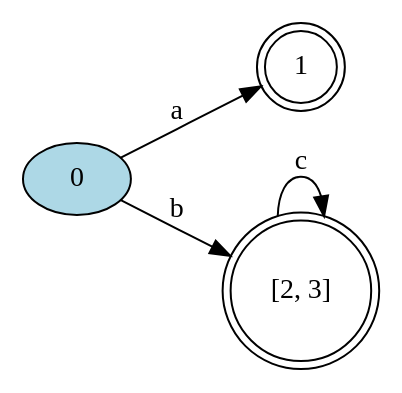
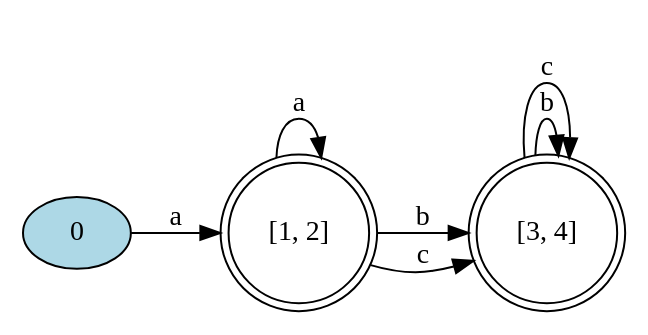
Before and after one commit to Daniel-Sima/Clone-of-the-egrep-UNIX-command: the diagram in Min-DFA.dot, drawn with Graphviz. The commit also changed 12 other files, not shown here.

```diff
--- a/Min-DFA.dot
+++ b/Min-DFA.dot
@@ -1,11 +1,14 @@
 digraph {
 	rankdir=LR;
 
-	"1" [shape=doublecircle]
-	"[2, 3]" [shape=doublecircle]
+	"[1, 2]" [shape=doublecircle]
+	"[3, 4]" [shape=doublecircle]
 	0 [style=filled, fillcolor="lightblue"]
 
-	0->1 [label= "a"];
-	0->"[2, 3]" [label= "b"];
-	"[2, 3]"->"[2, 3]" [label= "c"];
+	0->"[1, 2]" [label= "a"];
+	"[1, 2]"->"[1, 2]" [label= "a"];
+	"[1, 2]"->"[3, 4]" [label= "b"];
+	"[1, 2]"->"[3, 4]" [label= "c"];
+	"[3, 4]"->"[3, 4]" [label= "b"];
+	"[3, 4]"->"[3, 4]" [label= "c"];
 }
```
